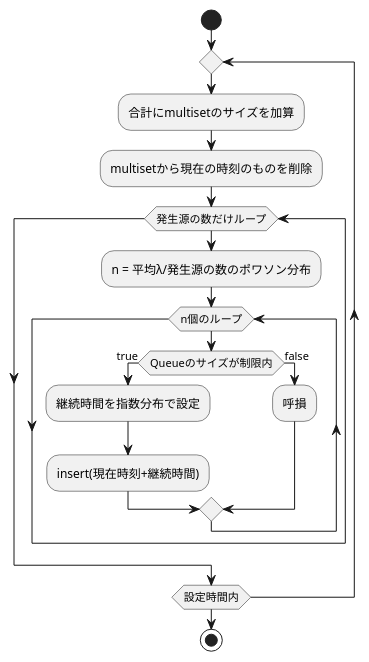
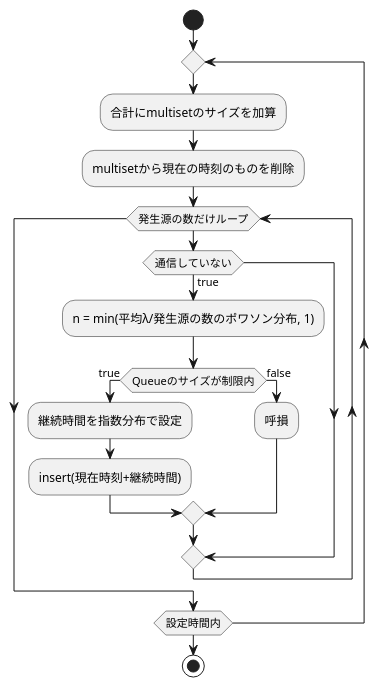
One commit to grncbg/ANSL-NetworkSimulator changed the diagram in README.md. Above: the diagram before and after it, drawn with PlantUML.

````diff
--- a/README.md
+++ b/README.md
@@ -23,29 +23,27 @@
 ```plantuml
 @startuml
 start
 
 repeat
 
     :合計にmultisetのサイズを加算;
     :multisetから現在の時刻のものを削除;
 
     while (発生源の数だけループ)
-
-        :n = 平均λ/発生源の数のポワソン分布;
-        while(n個のループ)
+        if (通信していない) then (true)
+            :n = min(平均λ/発生源の数のポワソン分布, 1);
             if (Queueのサイズが制限内) then (true)
                 :継続時間を指数分布で設定;
                 :insert(現在時刻+継続時間);
             else (false)
                 :呼損;
             endif
-        endwhile
-
+        endif
     endwhile
 
 repeat while (設定時間内)
 
 stop
 
 @enduml
 ```
````
